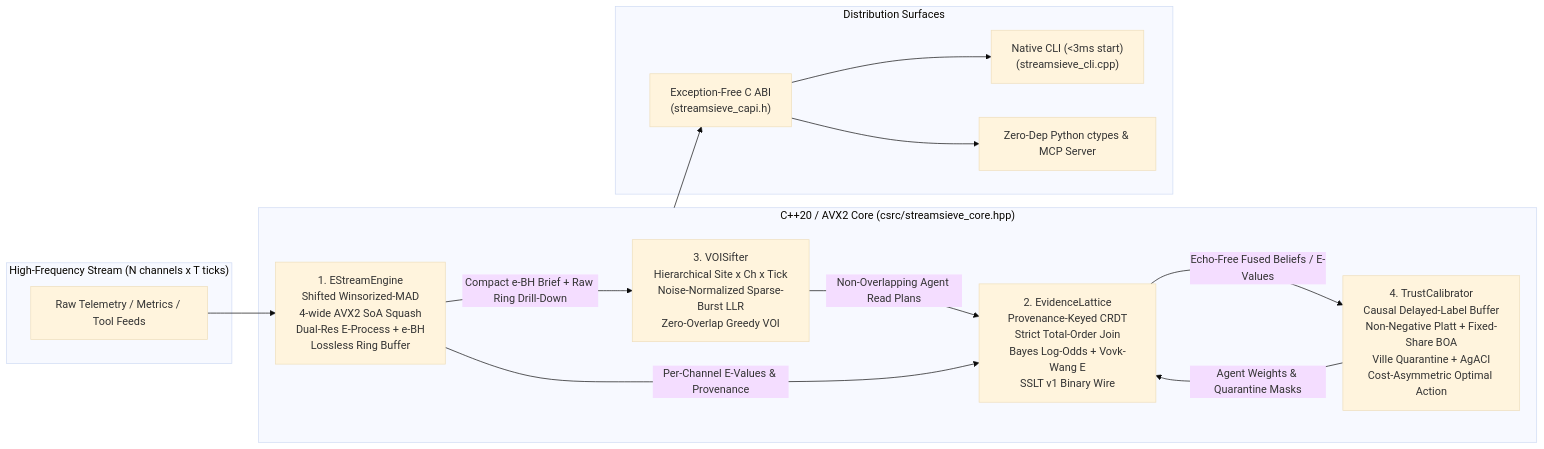
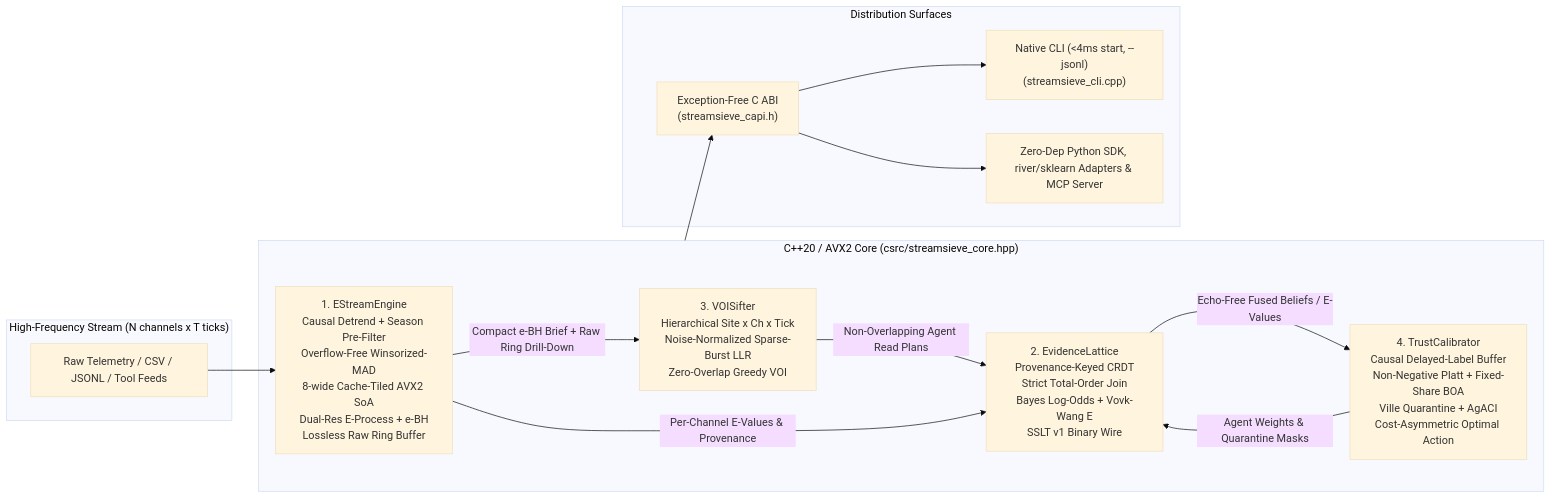
Before and after one commit to pgg898200-ship-it/streamsieve: the first of 5 diagrams in docs/architecture.md, drawn with Mermaid (base theme). The commit also changed other lines of this file and 38 other files, not shown here.

Commit message:
Release v0.2.0: 8-wide cache-tiled AVX2, causal deseasonalizing/detrending, JSONL CLI, SklearnSieveDetector & Windows wheels

````diff
--- a/docs/architecture.md
+++ b/docs/architecture.md
@@ -18,29 +18,29 @@
 ```mermaid
 flowchart LR
     subgraph RawStream["High-Frequency Stream (N channels x T ticks)"]
-        S1["Raw Telemetry / Metrics / Tool Feeds"]
+        S1["Raw Telemetry / CSV / JSONL / Tool Feeds"]
     end
 
     subgraph Core["C++20 / AVX2 Core (csrc/streamsieve_core.hpp)"]
-        E1["1. EStreamEngine\nShifted Winsorized-MAD\n4-wide AVX2 SoA Squash\nDual-Res E-Process + e-BH\nLossless Ring Buffer"]
+        E1["1. EStreamEngine\nCausal Detrend + Season Pre-Filter\nOverflow-Free Winsorized-MAD\n8-wide Cache-Tiled AVX2 SoA\nDual-Res E-Process + e-BH\nLossless Raw Ring Buffer"]
         E3["3. VOISifter\nHierarchical Site x Ch x Tick\nNoise-Normalized Sparse-Burst LLR\nZero-Overlap Greedy VOI"]
         E2["2. EvidenceLattice\nProvenance-Keyed CRDT\nStrict Total-Order Join\nBayes Log-Odds + Vovk-Wang E\nSSLT v1 Binary Wire"]
         E4["4. TrustCalibrator\nCausal Delayed-Label Buffer\nNon-Negative Platt + Fixed-Share BOA\nVille Quarantine + AgACI\nCost-Asymmetric Optimal Action"]
     end
 
     subgraph Surface["Distribution Surfaces"]
         CAPI["Exception-Free C ABI\n(streamsieve_capi.h)"]
-        CLI["Native CLI (<3ms start)\n(streamsieve_cli.cpp)"]
-        PY["Zero-Dep Python ctypes & MCP Server"]
+        CLI["Native CLI (<4ms start, --jsonl)\n(streamsieve_cli.cpp)"]
+        PY["Zero-Dep Python SDK, river/sklearn Adapters & MCP Server"]
     end
 
     S1 --> E1
     E1 -->|"Compact e-BH Brief + Raw Ring Drill-Down"| E3
     E3 -->|"Non-Overlapping Agent Read Plans"| E2
     E1 -->|"Per-Channel E-Values & Provenance"| E2
     E2 -->|"Echo-Free Fused Beliefs / E-Values"| E4
     E4 -->|"Agent Weights & Quarantine Masks"| E2
     Core --> CAPI
     CAPI --> CLI
     CAPI --> PY
 ```
````
